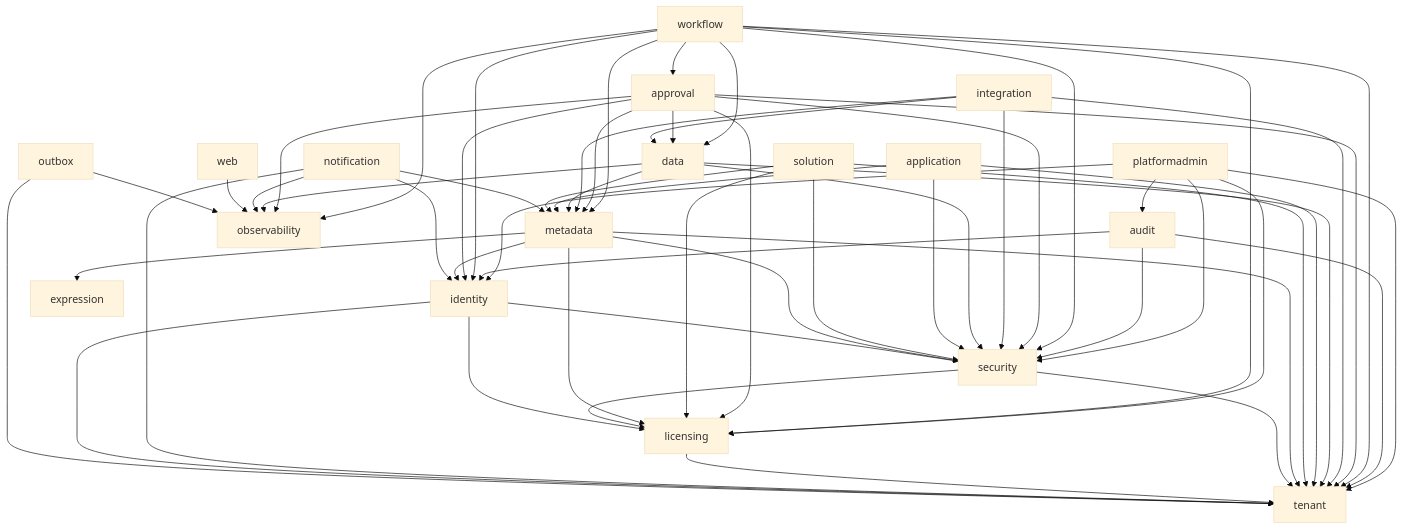
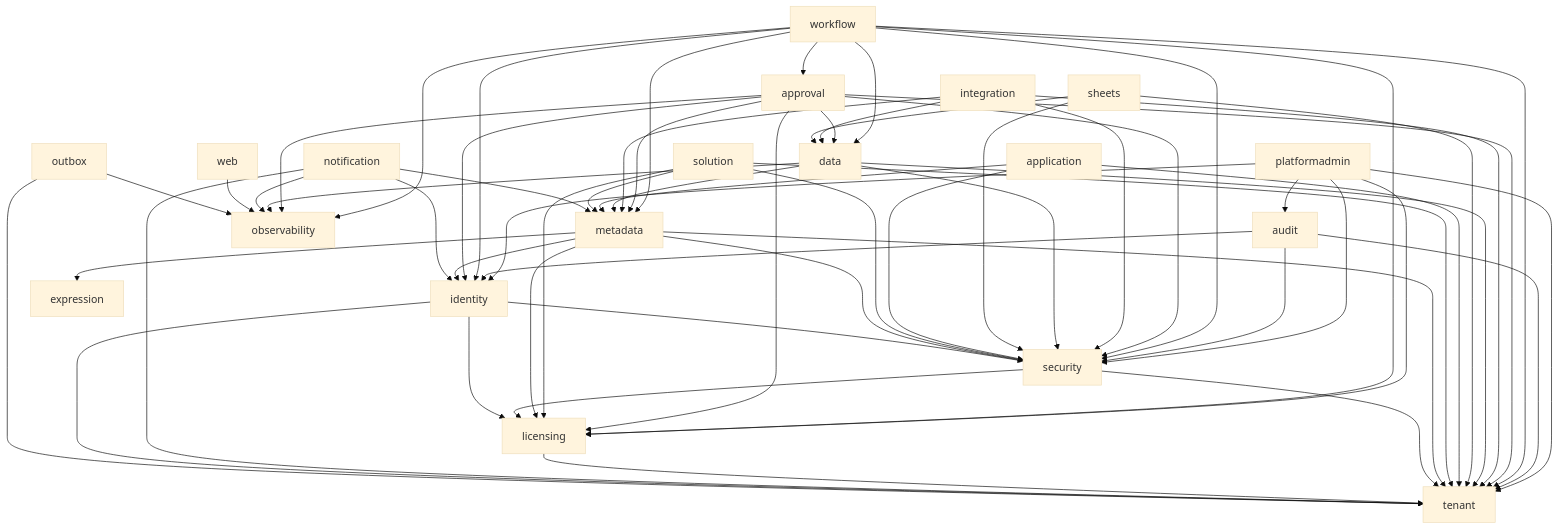
One commit to JKCloudbridge/SaaSJAVA changed the diagram in docs/modules.md. Above: the diagram before and after it, drawn with Mermaid (base theme). The commit also changed other lines of this file and 107 other files, not shown here.

````diff
--- a/docs/modules.md
+++ b/docs/modules.md
@@ -32,18 +33,19 @@
 ```mermaid
 graph TD
   platformadmin --> licensing & identity & security & audit & tenant
   audit --> identity & security & tenant
   workflow --> data & metadata & security & identity & licensing & observability & tenant & approval
   approval --> data & metadata & security & identity & licensing & tenant & observability
   integration --> data & metadata & security & tenant
   data --> metadata & security & tenant & observability
+  sheets --> data & security & tenant
   application --> metadata & security & tenant
   solution --> metadata & security & licensing & tenant
   metadata --> security & identity & tenant & expression & licensing
   security --> licensing & tenant
   licensing --> tenant
   notification --> identity & tenant & observability & metadata
   identity --> tenant & licensing & security
   web --> observability
   outbox --> tenant & observability
 ```
````
